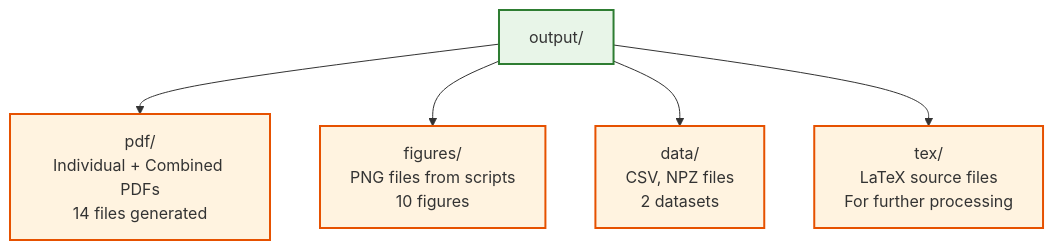
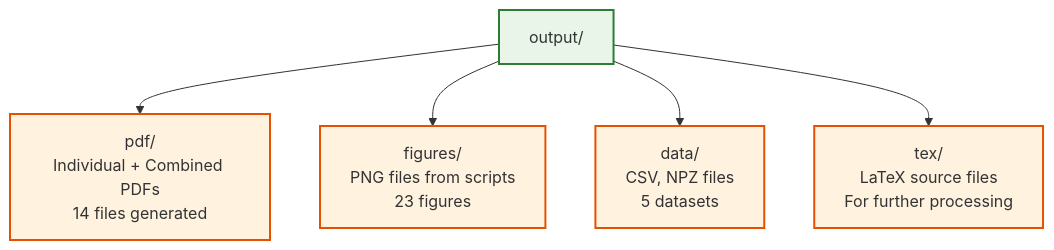
Before and after one commit to docxology/template: the fifth of 6 diagrams in README.md, drawn with Mermaid. The commit also changed other lines of this file and 1 other file, not shown here.

````diff
--- a/README.md
+++ b/README.md
@@ -613,13 +613,13 @@
 ```mermaid
 graph TD
     OUTPUT[output/] --> PDFS[pdf/<br/>Individual + Combined PDFs<br/>14 files generated]
-    OUTPUT --> FIGS[figures/<br/>PNG files from scripts<br/>10 figures]
-    OUTPUT --> DATA[data/<br/>CSV, NPZ files<br/>2 datasets]
+    OUTPUT --> FIGS[figures/<br/>PNG files from scripts<br/>23 figures]
+    OUTPUT --> DATA[data/<br/>CSV, NPZ files<br/>5 datasets]
     OUTPUT --> TEX[tex/<br/>LaTeX source files<br/>For further processing]
     
     classDef dir fill:#e8f5e8,stroke:#2e7d32,stroke-width:2px
     classDef files fill:#fff3e0,stroke:#e65100,stroke-width:2px
     
     class OUTPUT dir
     class PDFS,FIGS,DATA,TEX files
 ```
````
